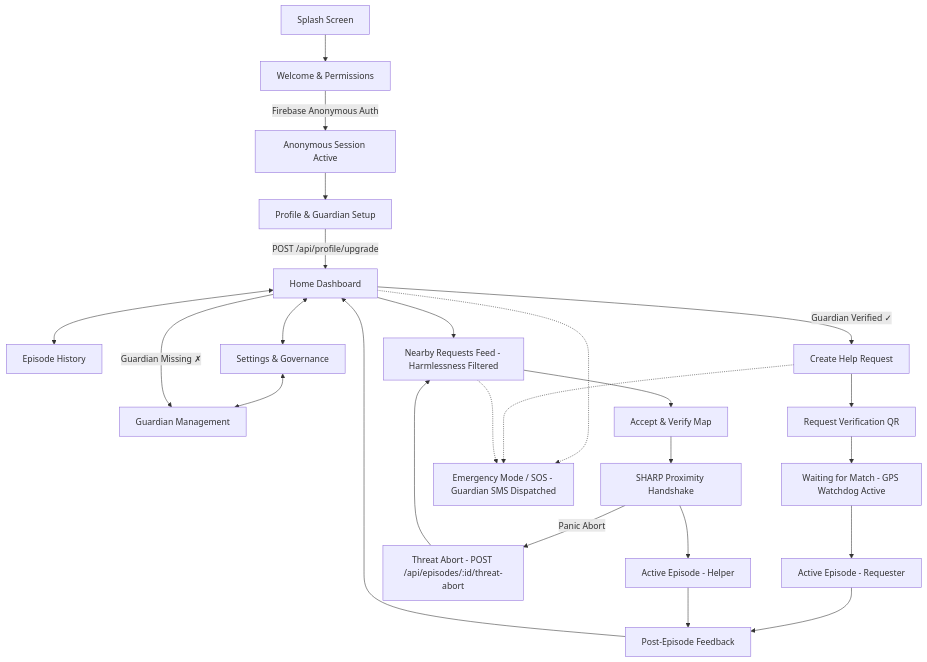
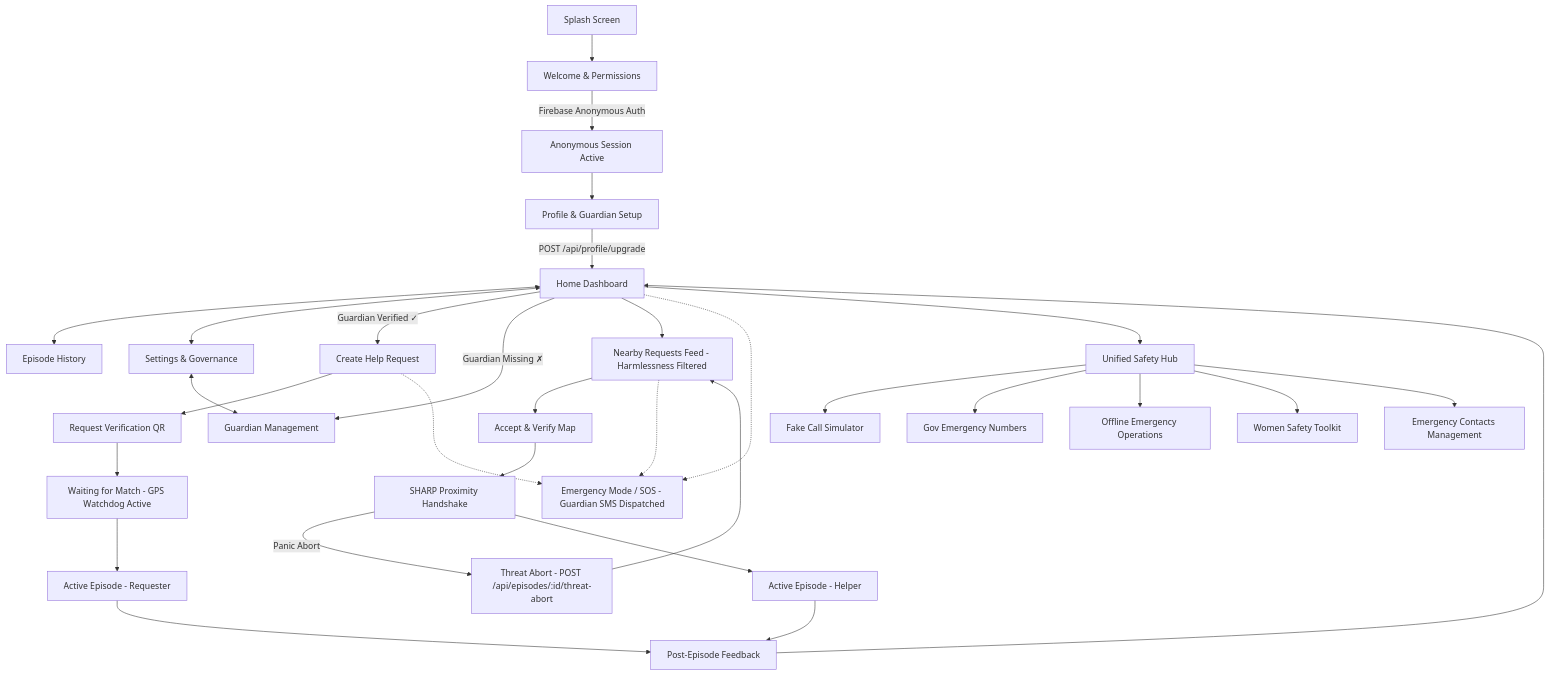
One commit to TheOrionGD/Connify-APP changed the diagram in discovery/4_navigation_map.md. Above: the diagram before and after it, drawn with Mermaid. The commit also changed other lines of this file and 20 other files, not shown here.

````diff
--- a/discovery/4_navigation_map.md
+++ b/discovery/4_navigation_map.md
@@ -9,35 +9,43 @@
 ```mermaid
 graph TD
     Splash[Splash Screen] --> Welcome[Welcome & Permissions]
     Welcome --> |Firebase Anonymous Auth| AnonSession[Anonymous Session Active]
     AnonSession --> ProfileUpgrade[Profile & Guardian Setup]
     ProfileUpgrade --> |POST /api/profile/upgrade| Home[Home Dashboard]
 
     %% Tab Navigation
     Home <--> History[Episode History]
     Home <--> Settings[Settings & Governance]
     Settings <--> GuardianMgmt[Guardian Management]
 
     %% Requester Flow Stack
     Home --> |Guardian Verified ✓| RequestForm[Create Help Request]
     Home --> |Guardian Missing ✗| GuardianMgmt
     RequestForm --> VerifyQR[Request Verification QR]
     VerifyQR --> WaitingMatch[Waiting for Match - GPS Watchdog Active]
     WaitingMatch --> ActiveRequester[Active Episode - Requester]
     ActiveRequester --> FeedbackPage[Post-Episode Feedback]
     FeedbackPage --> Home
 
     %% Helper Flow Stack
     Home --> Feed[Nearby Requests Feed - Harmlessness Filtered]
     Feed --> AcceptScene[Accept & Verify Map]
     AcceptScene --> ProximityHandshake[SHARP Proximity Handshake]
     ProximityHandshake --> |Panic Abort| ThreatAbort[Threat Abort - POST /api/episodes/:id/threat-abort]
     ProximityHandshake --> ActiveHelper[Active Episode - Helper]
     ThreatAbort --> Feed
     ActiveHelper --> FeedbackPage
 
     %% Global Overrides
     Home -...-> Emergency[Emergency Mode / SOS - Guardian SMS Dispatched]
     RequestForm -.-> Emergency
     Feed -.-> Emergency
+    
+    %% Unified Safety Hub (v2.0)
+    Home --> SafetyHub[Unified Safety Hub]
+    SafetyHub --> FakeCall[Fake Call Simulator]
+    SafetyHub --> GovNumbers[Gov Emergency Numbers]
+    SafetyHub --> OfflineMode[Offline Emergency Operations]
+    SafetyHub --> WomenSafety[Women Safety Toolkit]
+    SafetyHub --> EmergencyContacts[Emergency Contacts Management]
 ```
````
